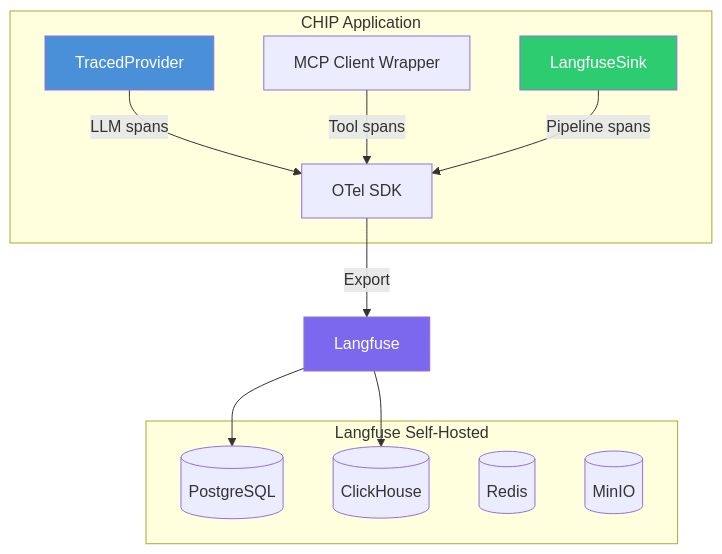
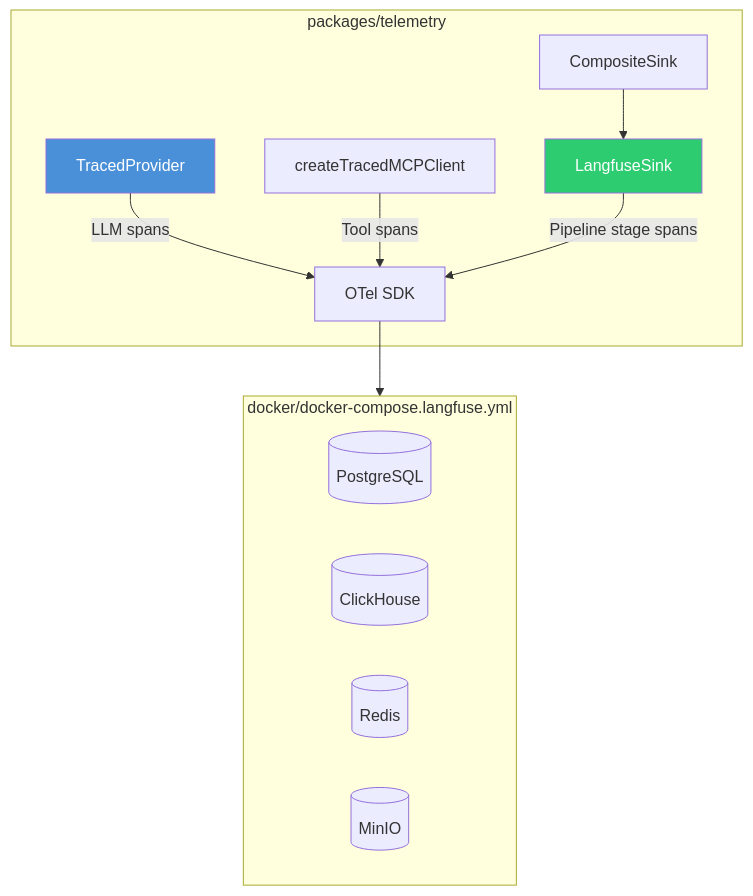
The diagram in docs/concepts/observability.md (praveen-gottala/sdlc-agent-swarms), drawn with Mermaid before and after one commit. The commit also changed other lines of this file and 6 other files, not shown here.

````diff
--- a/docs/concepts/observability.md
+++ b/docs/concepts/observability.md
@@ -13,24 +9,21 @@
 ```mermaid
 graph TB
-    subgraph App ["CHIP Application"]
+    subgraph App ["packages/telemetry"]
         TP[TracedProvider] -->|LLM spans| OTel[OTel SDK]
-        MCP[MCP Client Wrapper] -->|Tool spans| OTel
-        LS[LangfuseSink] -->|Pipeline spans| OTel
+        MCP[createTracedMCPClient] -->|Tool spans| OTel
+        LS[LangfuseSink] -->|Pipeline stage spans| OTel
+        CS[CompositeSink] --> LS
     end
 
-    OTel -->|Export| LF[Langfuse]
+    OTel --> LF[Langfuse Self-Hosted]
 
-    subgraph Langfuse ["Langfuse Self-Hosted"]
+    subgraph LF ["docker/docker-compose.langfuse.yml"]
         PG[(PostgreSQL)]
         CH[(ClickHouse)]
         RD[(Redis)]
         MO[(MinIO)]
     end
 
-    LF --> PG
-    LF --> CH
-
     style TP fill:#4A90D9,color:#fff
     style LS fill:#2ECC71,color:#fff
-    style LF fill:#7B68EE,color:#fff
 ```
````
